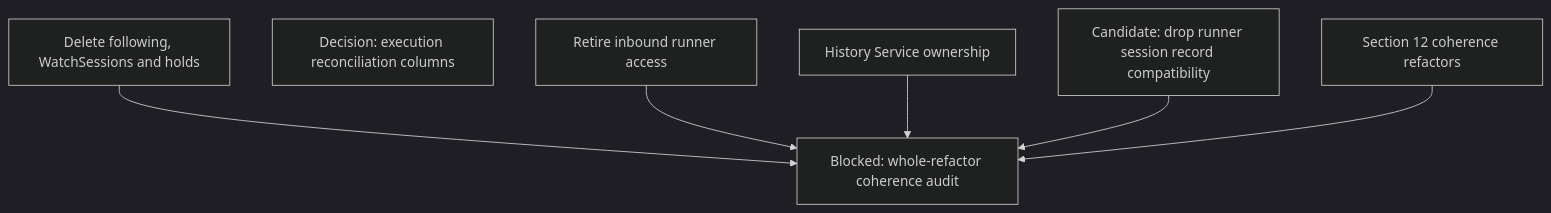
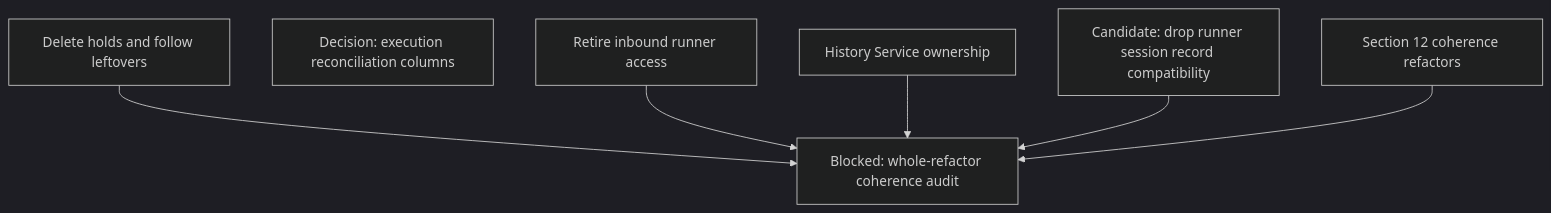
Before and after one commit to agentydragon/ducktape: diagram 11 of 13 in agentplane/plans/task_dag.md, drawn with Mermaid (dark theme). The commit also changed other lines of this file and 38 other files, not shown here.

First line of the commit message:
agentplane: delete FollowSession and WatchSessions (#9998)

````diff
--- a/agentplane/plans/task_dag.md
+++ b/agentplane/plans/task_dag.md
@@ -775,11 +775,11 @@
 ```mermaid
 flowchart TD
     RUNNER_SESSION_RECORD_SHIMS[Candidate: drop runner session record compatibility]
     ACTION_EXECUTION_AUDIT_TRIM[Decision: execution reconciliation columns]
     REFACTOR_COHERENCE_AUDIT[Blocked: whole-refactor coherence audit]
-    FOLLOW_PATH_RETIRE[Delete following, WatchSessions and holds] --> REFACTOR_COHERENCE_AUDIT
+    FOLLOW_PATH_RETIRE[Delete holds and follow leftovers] --> REFACTOR_COHERENCE_AUDIT
     RUNNER_INBOUND_RETIRE[Retire inbound runner access] --> REFACTOR_COHERENCE_AUDIT
     HISTORY_SERVICE_OWNERSHIP[History Service ownership] --> REFACTOR_COHERENCE_AUDIT
     RUNNER_SESSION_RECORD_SHIMS --> REFACTOR_COHERENCE_AUDIT
     COHERENCE_REFACTORS[Section 12 coherence refactors] --> REFACTOR_COHERENCE_AUDIT
 ```
````
